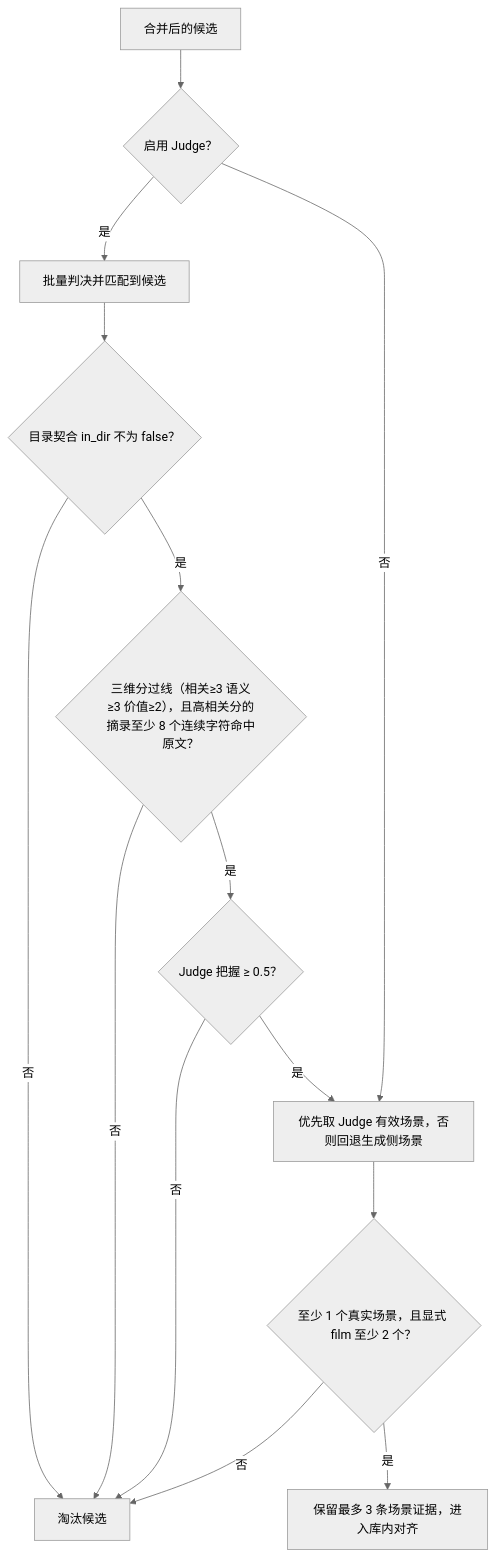
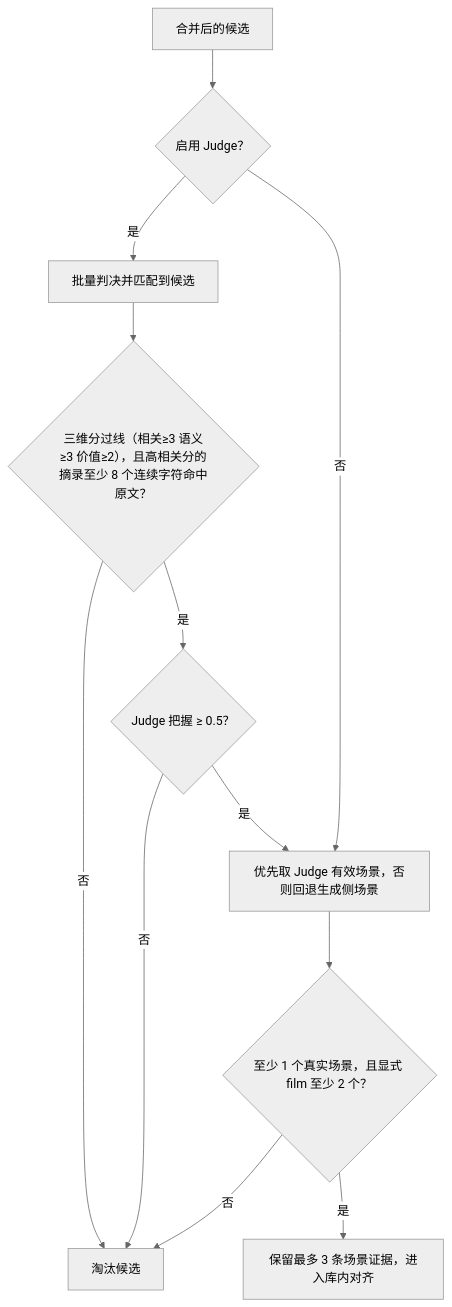
Before and after one commit to morning-gu/intelligent-tag-platform: the second of 3 diagrams in docs/open-tag-generation.md, drawn with Mermaid (neutral theme). The commit also changed other lines of this file and 13 other files, not shown here.

````diff
--- a/docs/open-tag-generation.md
+++ b/docs/open-tag-generation.md
@@ -117,16 +115,14 @@
 ```mermaid
 flowchart TD
     A["合并后的候选"] --> B{"启用 Judge？"}
     B -->|是| C["批量判决并匹配到候选"]
-    C --> C2{"目录契合 in_dir 不为 false？"}
-    C2 -->|否| X
-    C2 -->|是| D{"三维分过线（相关≥3 语义≥3 价值≥2），且高相关分的摘录至少 8 个连续字符命中原文？"}
+    C --> D{"三维分过线（相关≥3 语义≥3 价值≥2），且高相关分的摘录至少 8 个连续字符命中原文？"}
     D -->|否| X["淘汰候选"]
     D -->|是| E{"Judge 把握 ≥ 0.5？"}
     E -->|否| X
     E -->|是| F["优先取 Judge 有效场景，否则回退生成侧场景"]
     B -->|否| F
     F --> G{"至少 1 个真实场景，且显式 film 至少 2 个？"}
     G -->|否| X
     G -->|是| H["保留最多 3 条场景证据，进入库内对齐"]
 ```
````
